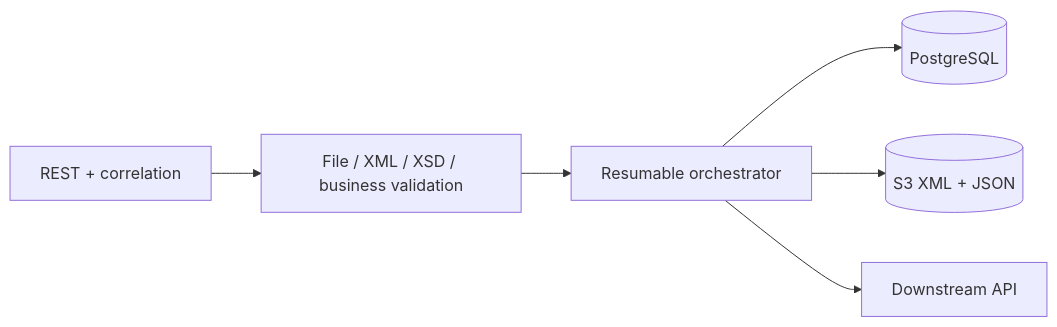
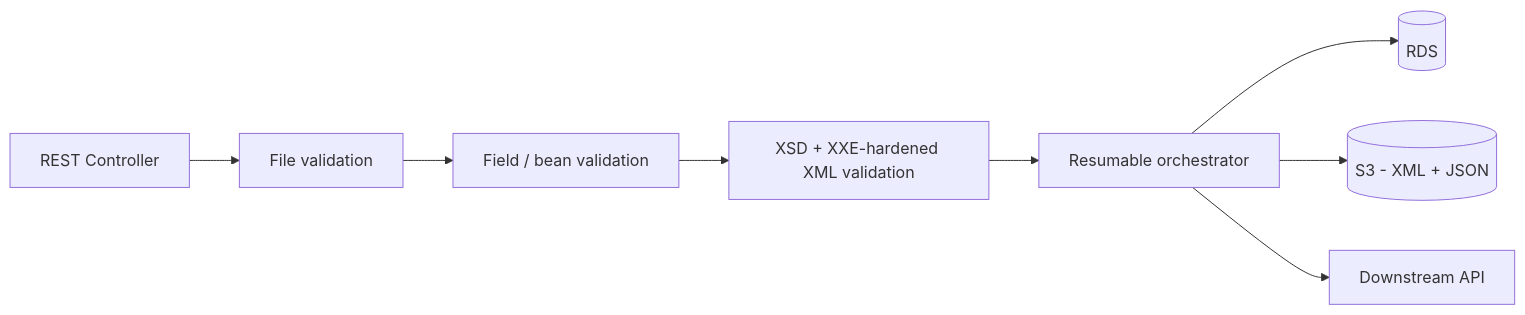
The diagram in AmazonS3RDSService/README.md (vivekSingh1406/AWS-Project-Service), drawn with Mermaid before and after one commit. The commit also changed other lines of this file, not shown here.

First line of the commit message:
Enhance README with architecture and usage details

````diff
--- a/AmazonS3RDSService/README.md
+++ b/AmazonS3RDSService/README.md
@@ -42,8 +7,10 @@
 ```mermaid
 flowchart LR
-  API[REST + correlation] --> V[File / XML / XSD / business validation]
-  V --> O[Resumable orchestrator]
-  O --> DB[(PostgreSQL)]
-  O --> S3[(S3 XML + JSON)]
+  API[REST Controller] --> FV[File validation]
+  FV --> BV[Field / bean validation]
+  BV --> XV[XSD + XXE-hardened XML validation]
+  XV --> O[Resumable orchestrator]
+  O --> DB[(RDS)]
+  O --> S3[(S3 - XML + JSON)]
   O --> HTTP[Downstream API]
 ```
````
